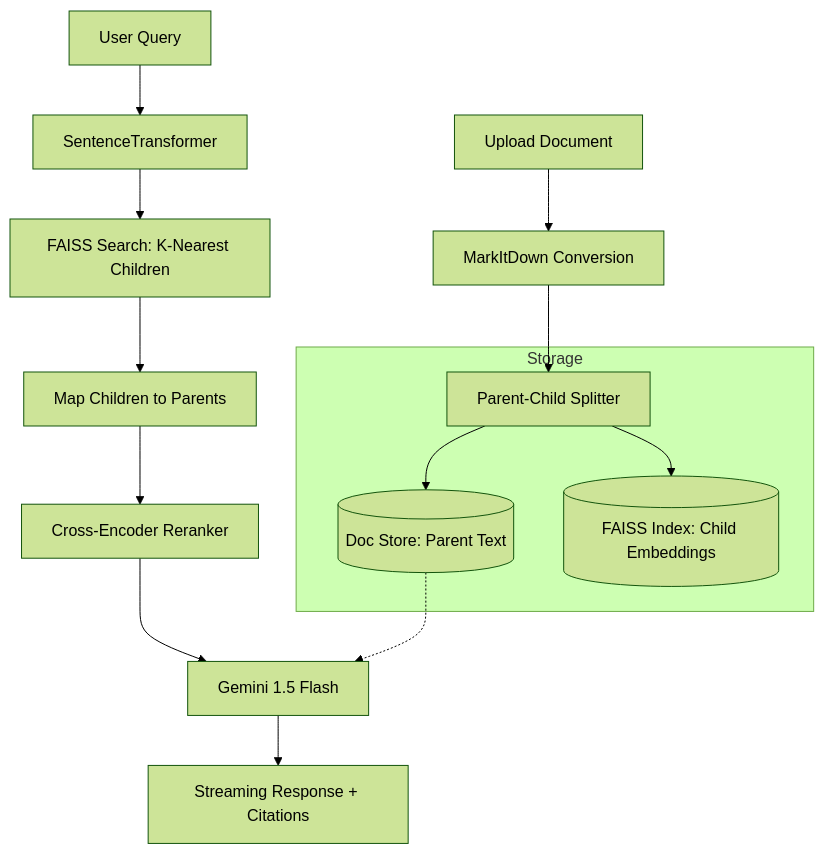
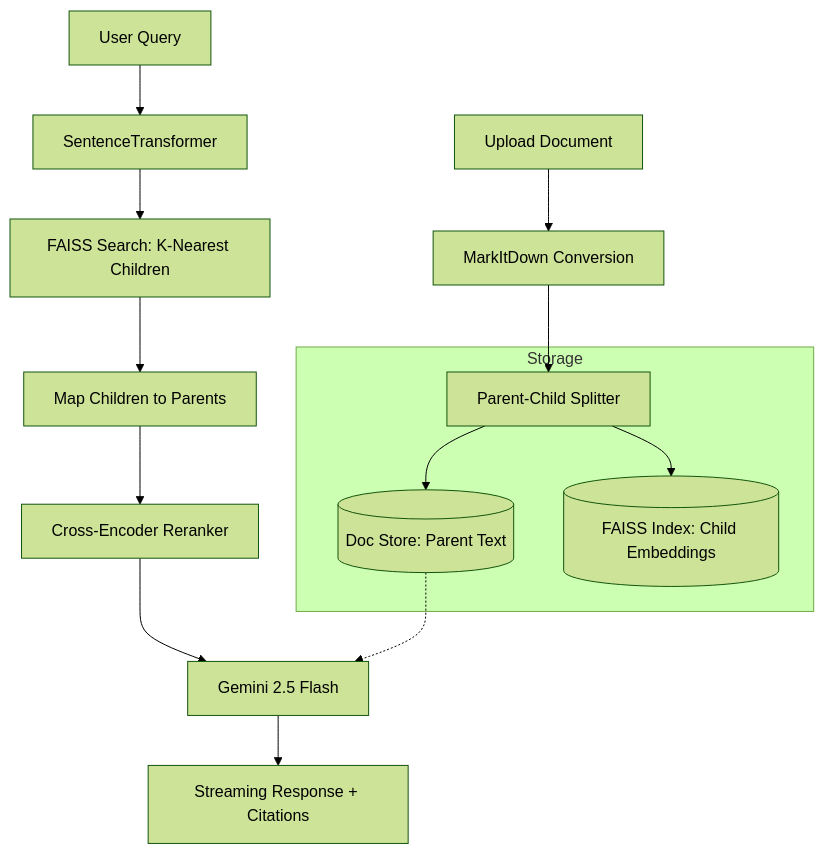
The diagram in README.md (Kaynaaf/SimpleRAG), drawn with Mermaid (forest theme) before and after one commit.

Commit message:
Corrected typo in flowchart

````diff
--- a/README.md
+++ b/README.md
@@ -43,18 +43,18 @@
 ```mermaid
 graph TD
     A[Upload Document] --> B[MarkItDown Conversion]
     B --> C[Parent-Child Splitter]
     
     subgraph Storage
         C --> D[(Doc Store: Parent Text)]
         C --> E[(FAISS Index: Child Embeddings)]
     end
     
     F[User Query] --> G[SentenceTransformer]
     G --> H[FAISS Search: K-Nearest Children]
     H --> I[Map Children to Parents]
     I --> J[Cross-Encoder Reranker]
-    J --> K[Gemini 1.5 Flash]
+    J --> K[Gemini 2.5 Flash]
     D -.-> K
     K --> L[Streaming Response + Citations]
 ```
````
